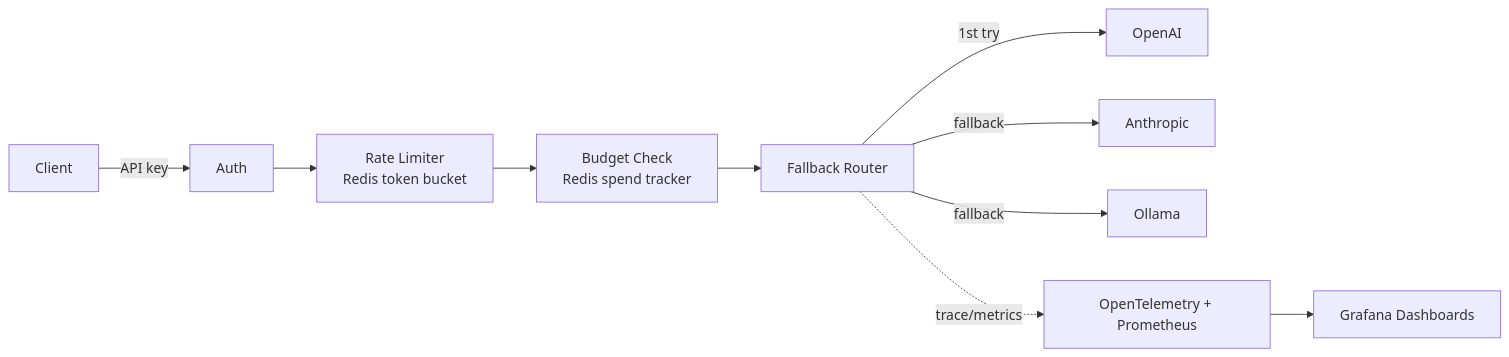
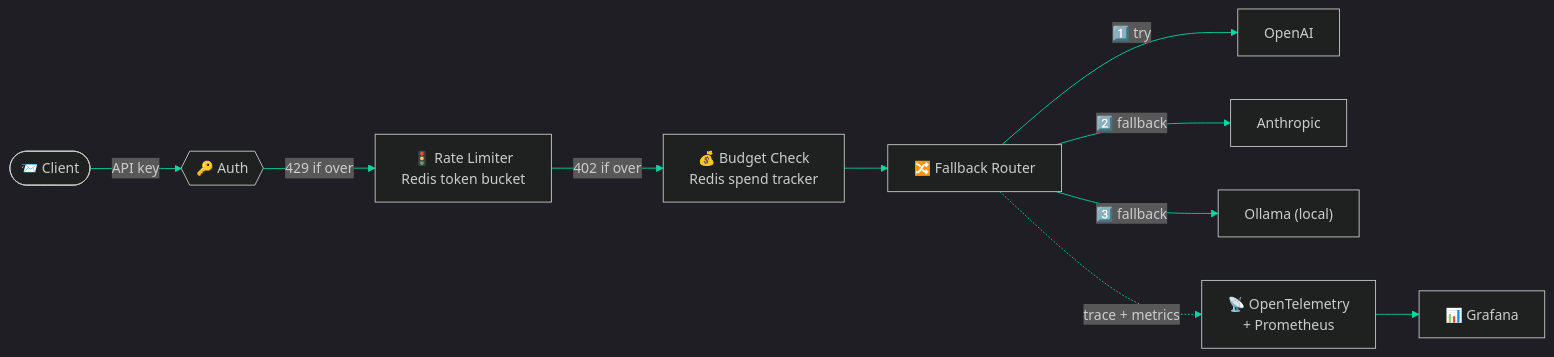
The diagram in README.md (EmriNesimi/llm-gateway-fallback-routing), drawn with Mermaid before and after one commit. The commit also changed other lines of this file, not shown here.

Commit message:
Reskin README with a network/routing theme: dark terminal palette, animated packet-routing header, themed Mermaid diagram

````diff
--- a/README.md
+++ b/README.md
@@ -37,12 +47,13 @@
 ```mermaid
+%%{init: {'theme':'dark', 'themeVariables': {'primaryColor':'#0f3443','primaryTextColor':'#00ff9d','primaryBorderColor':'#00d9a3','lineColor':'#00d9a3','secondaryColor':'#0a0e27','tertiaryColor':'#0a0e27'}}}%%
 flowchart LR
-    Client -->|API key| Auth[Auth]
-    Auth --> RateLimit[Rate Limiter\nRedis token bucket]
-    RateLimit --> Budget[Budget Check\nRedis spend tracker]
-    Budget --> Router[Fallback Router]
-    Router -->|1st try| OpenAI
-    Router -->|fallback| Anthropic
-    Router -->|fallback| Ollama
-    Router -.trace/metrics.-> Otel[OpenTelemetry + Prometheus]
-    Otel --> Grafana[Grafana Dashboards]
+    Client(["📨 Client"]) -->|API key| Auth{{"🔑 Auth"}}
+    Auth -->|429 if over| RateLimit["🚦 Rate Limiter\nRedis token bucket"]
+    RateLimit -->|402 if over| Budget["💰 Budget Check\nRedis spend tracker"]
+    Budget --> Router["🔀 Fallback Router"]
+    Router -->|"1️⃣ try"| OpenAI["OpenAI"]
+    Router -->|"2️⃣ fallback"| Anthropic["Anthropic"]
+    Router -->|"3️⃣ fallback"| Ollama["Ollama (local)"]
+    Router -.trace + metrics.-> Otel["📡 OpenTelemetry\n+ Prometheus"]
+    Otel --> Grafana["📊 Grafana"]
 ```
````
